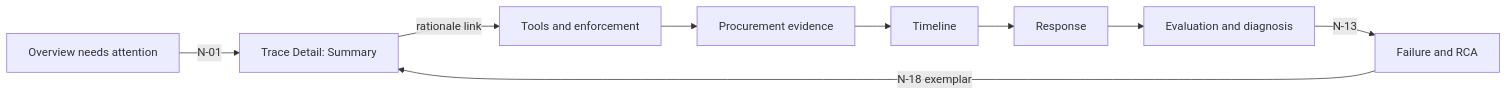
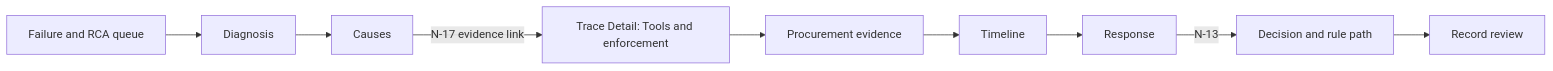
One commit to trustops-dev/trustops-ai changed the second of 4 diagrams in docs/architecture/dashboard/reviewer-journeys.md. Above: the diagram before and after it, drawn with Mermaid. The commit also changed other lines of this file and 8 other files, not shown here.

First line of the commit message:
Align dashboard UX architecture with the proposal and user stories

````diff
--- a/docs/architecture/dashboard/reviewer-journeys.md
+++ b/docs/architecture/dashboard/reviewer-journeys.md
@@ -82,9 +88,8 @@
 ```mermaid
 flowchart LR
- OVW[Overview needs attention] -->|N-01| SUM[Trace Detail: Summary]
- SUM -->|rationale link| TE[Tools and enforcement]
+ RCA[Failure and RCA queue] --> DX[Diagnosis] --> CA[Causes]
+ CA -->|N-17 evidence link| TE[Trace Detail: Tools and enforcement]
  TE --> PE[Procurement evidence] --> TL[Timeline] --> RS[Response]
- RS --> ED[Evaluation and diagnosis]
- ED -->|N-13| RCA[Failure and RCA]
- RCA -->|N-18 exemplar| SUM
+ RS -->|N-13| DEC[Decision and rule path]
+ DEC --> REV[Record review]
 ```
````
